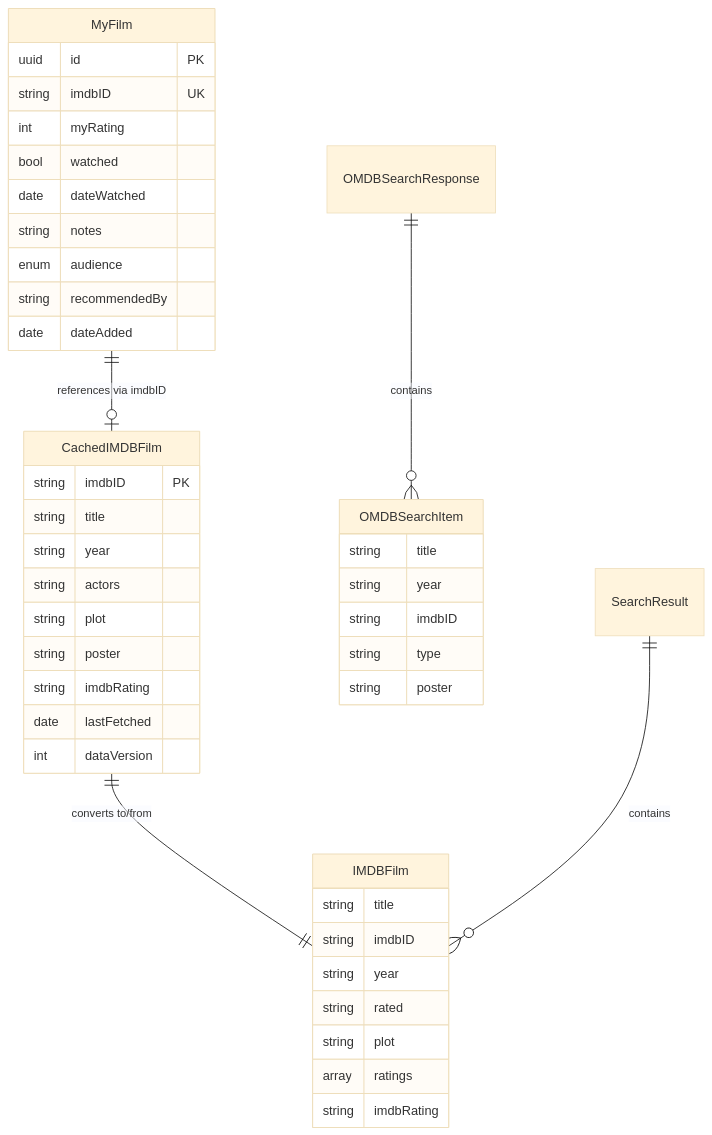
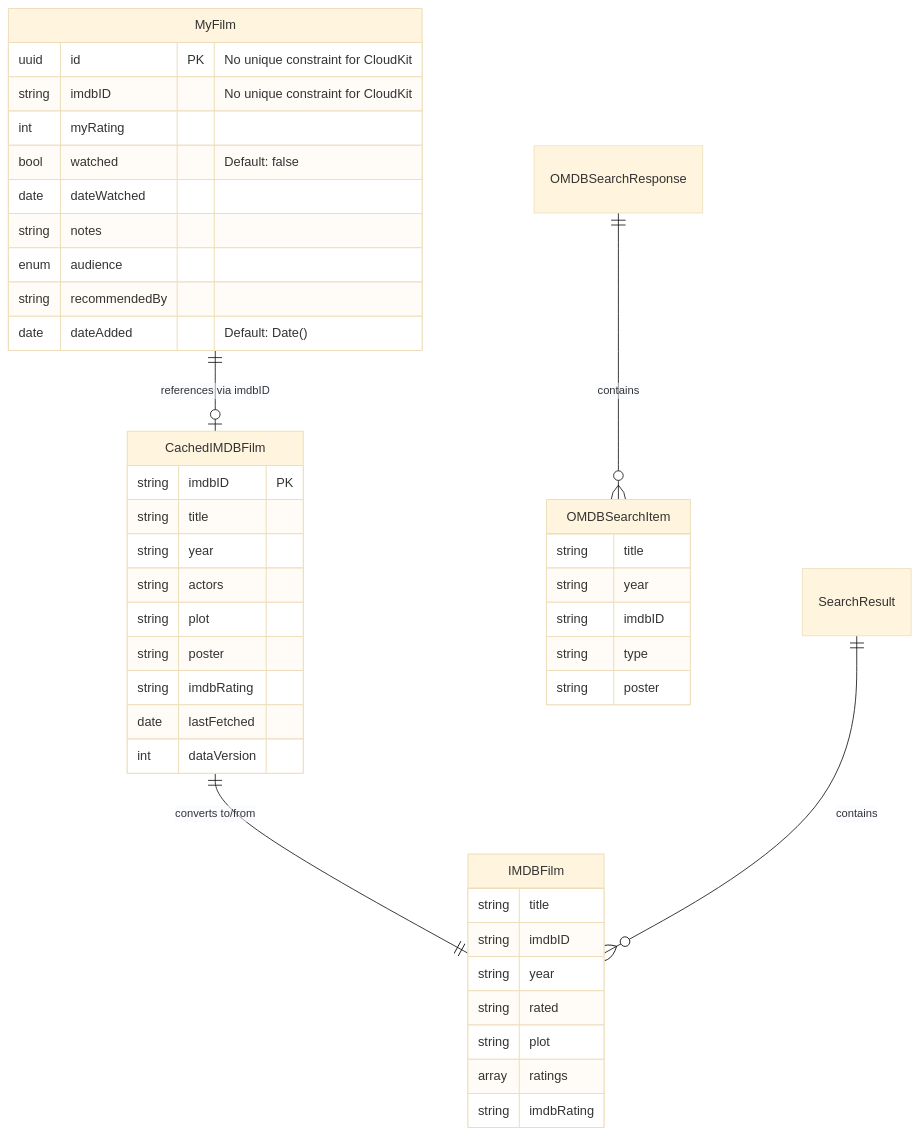
One commit to tillg/filmz2 changed the fourth of 11 diagrams in docs/ARCHITECTURE.md. Above: the diagram before and after it, drawn with Mermaid (base theme). The commit also changed other lines of this file and 14 other files, not shown here.

First line of the commit message:
Add CloudKit integration documentation and improve architecture structure

````diff
--- a/docs/ARCHITECTURE.md
+++ b/docs/ARCHITECTURE.md
@@ -156,49 +166,49 @@
 ```mermaid
 erDiagram
     MyFilm ||--o| CachedIMDBFilm : "references via imdbID"
     MyFilm {
-        uuid id PK
-        string imdbID UK
+        uuid id PK "No unique constraint for CloudKit"
+        string imdbID "No unique constraint for CloudKit"
         int myRating
-        bool watched
+        bool watched "Default: false"
         date dateWatched
         string notes
         enum audience
         string recommendedBy
-        date dateAdded
+        date dateAdded "Default: Date()"
     }
 
     CachedIMDBFilm {
         string imdbID PK
         string title
         string year
         string actors
         string plot
         string poster
         string imdbRating
         date lastFetched
         int dataVersion
     }
 
     CachedIMDBFilm ||--|| IMDBFilm : "converts to/from"
     IMDBFilm {
         string title
         string imdbID
         string year
         string rated
         string plot
         array ratings
         string imdbRating
     }
 
     OMDBSearchItem {
         string title
         string year
         string imdbID
         string type
         string poster
     }
 
     SearchResult ||--o{ IMDBFilm : contains
     OMDBSearchResponse ||--o{ OMDBSearchItem : contains
 ```
````
